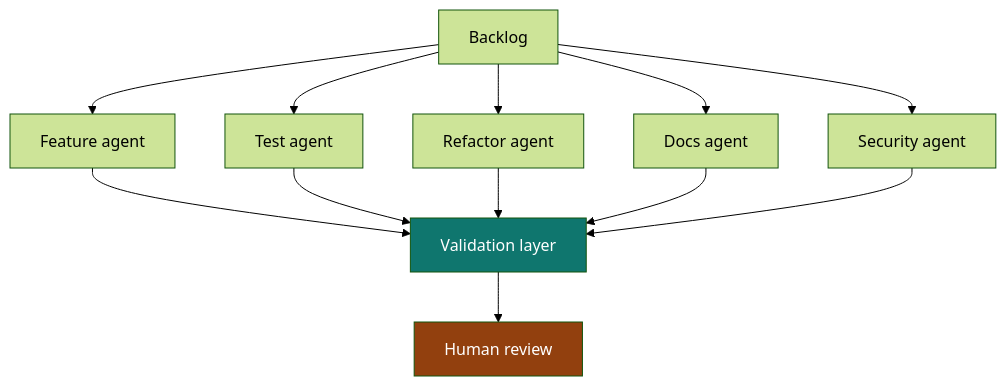
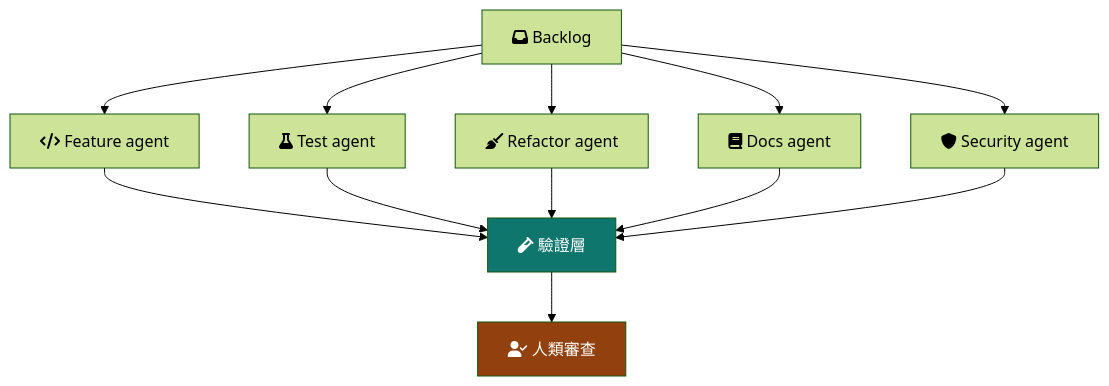
The fourth of 5 diagrams in content/zh-tw/ideas/agent-loops.mdx (nelson-o/nelson-o.github.io), drawn with Mermaid (forest theme) before and after one commit. The commit also changed other lines of this file and 3 other files, not shown here.

````diff
--- a/content/zh-tw/ideas/agent-loops.mdx
+++ b/content/zh-tw/ideas/agent-loops.mdx
@@ -213,17 +213,17 @@
 ```mermaid
 flowchart TD
-  A["Backlog"] --> B1["Feature agent"]
-  A --> B2["Test agent"]
-  A --> B3["Refactor agent"]
-  A --> B4["Docs agent"]
-  A --> B5["Security agent"]
-  B1 --> C["Validation layer"]
+  A["fa:fa-inbox Backlog"] --> B1["fa:fa-code Feature agent"]
+  A --> B2["fa:fa-flask Test agent"]
+  A --> B3["fa:fa-broom Refactor agent"]
+  A --> B4["fa:fa-book Docs agent"]
+  A --> B5["fa:fa-shield Security agent"]
+  B1 --> C["fa:fa-vial 驗證層"]
   B2 --> C
   B3 --> C
   B4 --> C
   B5 --> C
-  C --> D["Human review"]
+  C --> D["fa:fa-user-check 人類審查"]
 
   style C fill:#0f766e,color:#fff
   style D fill:#92400e,color:#fff
 ```
````
